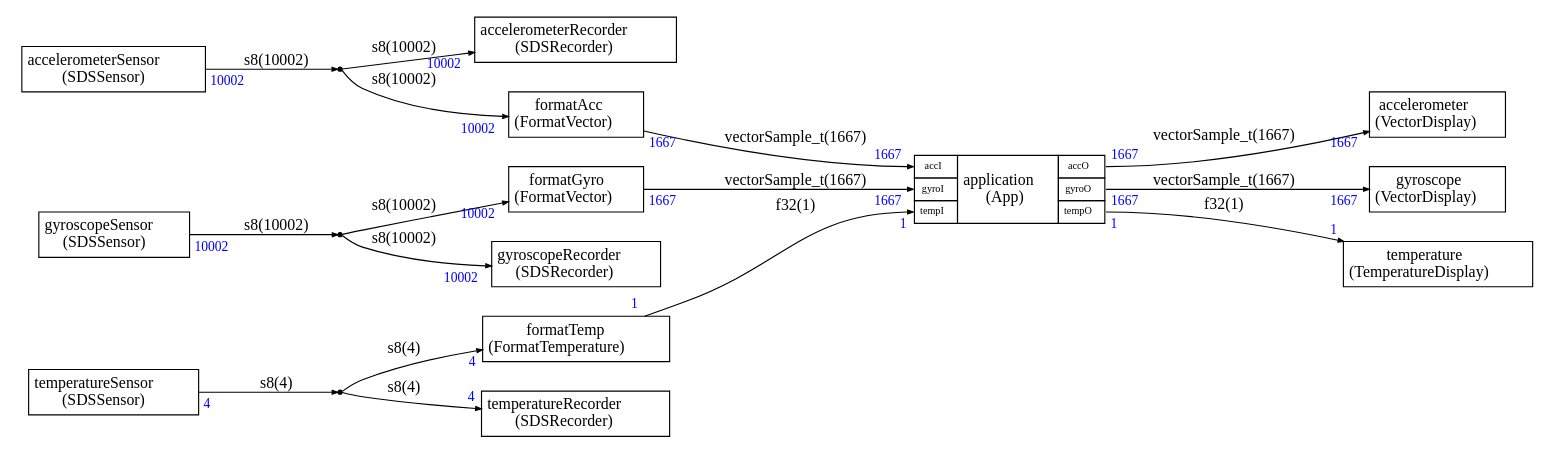
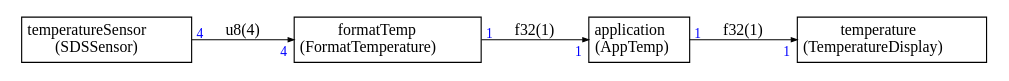
One commit to christophe0606/SDS-Framework changed the diagram in demo/Stream/demo.dot. Above: the diagram before and after it, drawn with Graphviz. The commit also changed 47 other files, not shown here.

```diff
--- a/demo/Stream/demo.dot
+++ b/demo/Stream/demo.dot
@@ -9,64 +9,10 @@
     fontname="times"
 
 
-accelerometer [label=<
-<TABLE BORDER="0" CELLBORDER="1" CELLSPACING="0" CELLPADDING="4">
-  <TR>
-    <TD ALIGN="CENTER" PORT="i">accelerometer<BR/>(VectorDisplay)</TD>
-  </TR>
-</TABLE>>];
-
-accelerometerRecorder [label=<
-<TABLE BORDER="0" CELLBORDER="1" CELLSPACING="0" CELLPADDING="4">
-  <TR>
-    <TD ALIGN="CENTER" PORT="i">accelerometerRecorder<BR/>(SDSRecorder)</TD>
-  </TR>
-</TABLE>>];
-
-accelerometerSensor [label=<
-<TABLE BORDER="0" CELLBORDER="1" CELLSPACING="0" CELLPADDING="4">
-  <TR>
-    <TD ALIGN="CENTER" PORT="i">accelerometerSensor<BR/>(SDSSensor)</TD>
-  </TR>
-</TABLE>>];
-
-
 application [label=<
 <TABLE BORDER="0" CELLBORDER="1" CELLSPACING="0" CELLPADDING="4">
   <TR>
-    <TD PORT="accI"><FONT POINT-SIZE="9.0">accI</FONT></TD>
-    <TD ALIGN="CENTER" ROWSPAN="3">application<BR/>(App)</TD>
-    <TD PORT="accO"><FONT POINT-SIZE="9.0">accO</FONT></TD>
-  </TR>
-<TR>
-<TD PORT="gyroI"><FONT POINT-SIZE="9.0">gyroI</FONT></TD>
-
-<TD PORT="gyroO"><FONT POINT-SIZE="9.0">gyroO</FONT></TD>
-</TR><TR>
-<TD PORT="tempI"><FONT POINT-SIZE="9.0">tempI</FONT></TD>
-
-<TD PORT="tempO"><FONT POINT-SIZE="9.0">tempO</FONT></TD>
-</TR>
-
-</TABLE>>];
-
-dup0 [shape=point,label=dup0]
-
-dup1 [shape=point,label=dup1]
-
-dup2 [shape=point,label=dup2]
-
-formatAcc [label=<
-<TABLE BORDER="0" CELLBORDER="1" CELLSPACING="0" CELLPADDING="4">
-  <TR>
-    <TD ALIGN="CENTER" PORT="i">formatAcc<BR/>(FormatVector)</TD>
-  </TR>
-</TABLE>>];
-
-formatGyro [label=<
-<TABLE BORDER="0" CELLBORDER="1" CELLSPACING="0" CELLPADDING="4">
-  <TR>
-    <TD ALIGN="CENTER" PORT="i">formatGyro<BR/>(FormatVector)</TD>
+    <TD ALIGN="CENTER" PORT="i">application<BR/>(AppTemp)</TD>
   </TR>
 </TABLE>>];
 
@@ -77,38 +23,10 @@
   </TR>
 </TABLE>>];
 
-gyroscope [label=<
-<TABLE BORDER="0" CELLBORDER="1" CELLSPACING="0" CELLPADDING="4">
-  <TR>
-    <TD ALIGN="CENTER" PORT="i">gyroscope<BR/>(VectorDisplay)</TD>
-  </TR>
-</TABLE>>];
-
-gyroscopeRecorder [label=<
-<TABLE BORDER="0" CELLBORDER="1" CELLSPACING="0" CELLPADDING="4">
-  <TR>
-    <TD ALIGN="CENTER" PORT="i">gyroscopeRecorder<BR/>(SDSRecorder)</TD>
-  </TR>
-</TABLE>>];
-
-gyroscopeSensor [label=<
-<TABLE BORDER="0" CELLBORDER="1" CELLSPACING="0" CELLPADDING="4">
-  <TR>
-    <TD ALIGN="CENTER" PORT="i">gyroscopeSensor<BR/>(SDSSensor)</TD>
-  </TR>
-</TABLE>>];
-
 temperature [label=<
 <TABLE BORDER="0" CELLBORDER="1" CELLSPACING="0" CELLPADDING="4">
   <TR>
     <TD ALIGN="CENTER" PORT="i">temperature<BR/>(TemperatureDisplay)</TD>
-  </TR>
-</TABLE>>];
-
-temperatureRecorder [label=<
-<TABLE BORDER="0" CELLBORDER="1" CELLSPACING="0" CELLPADDING="4">
-  <TR>
-    <TD ALIGN="CENTER" PORT="i">temperatureRecorder<BR/>(SDSRecorder)</TD>
   </TR>
 </TABLE>>];
 
@@ -121,95 +39,23 @@
 
 
 
-formatAcc:i -> application:accI [label="vectorSample_t(1667)"
-,headlabel=<<TABLE BORDER="0" CELLPADDING="2"><TR><TD><FONT COLOR="blue" POINT-SIZE="12.0" >1667</FONT>
+temperatureSensor:i -> formatTemp:i [label="u8(4)"
+,headlabel=<<TABLE BORDER="0" CELLPADDING="2"><TR><TD><FONT COLOR="blue" POINT-SIZE="12.0" >4</FONT>
 </TD></TR></TABLE>>
-,taillabel=<<TABLE BORDER="0" CELLPADDING="2"><TR><TD><FONT COLOR="blue" POINT-SIZE="12.0" >1667</FONT>
+,taillabel=<<TABLE BORDER="0" CELLPADDING="2"><TR><TD><FONT COLOR="blue" POINT-SIZE="12.0" >4</FONT>
 </TD></TR></TABLE>>]
 
-formatGyro:i -> application:gyroI [label="vectorSample_t(1667)"
-,headlabel=<<TABLE BORDER="0" CELLPADDING="2"><TR><TD><FONT COLOR="blue" POINT-SIZE="12.0" >1667</FONT>
-</TD></TR></TABLE>>
-,taillabel=<<TABLE BORDER="0" CELLPADDING="2"><TR><TD><FONT COLOR="blue" POINT-SIZE="12.0" >1667</FONT>
-</TD></TR></TABLE>>]
-
-formatTemp:i -> application:tempI [label="f32(1)"
+formatTemp:i -> application:i [label="f32(1)"
 ,headlabel=<<TABLE BORDER="0" CELLPADDING="2"><TR><TD><FONT COLOR="blue" POINT-SIZE="12.0" >1</FONT>
 </TD></TR></TABLE>>
 ,taillabel=<<TABLE BORDER="0" CELLPADDING="2"><TR><TD><FONT COLOR="blue" POINT-SIZE="12.0" >1</FONT>
 </TD></TR></TABLE>>]
 
-application:accO -> accelerometer:i [label="vectorSample_t(1667)"
-,headlabel=<<TABLE BORDER="0" CELLPADDING="2"><TR><TD><FONT COLOR="blue" POINT-SIZE="12.0" >1667</FONT>
-</TD></TR></TABLE>>
-,taillabel=<<TABLE BORDER="0" CELLPADDING="2"><TR><TD><FONT COLOR="blue" POINT-SIZE="12.0" >1667</FONT>
-</TD></TR></TABLE>>]
-
-application:gyroO -> gyroscope:i [label="vectorSample_t(1667)"
-,headlabel=<<TABLE BORDER="0" CELLPADDING="2"><TR><TD><FONT COLOR="blue" POINT-SIZE="12.0" >1667</FONT>
-</TD></TR></TABLE>>
-,taillabel=<<TABLE BORDER="0" CELLPADDING="2"><TR><TD><FONT COLOR="blue" POINT-SIZE="12.0" >1667</FONT>
-</TD></TR></TABLE>>]
-
-application:tempO -> temperature:i [label="f32(1)"
+application:i -> temperature:i [label="f32(1)"
 ,headlabel=<<TABLE BORDER="0" CELLPADDING="2"><TR><TD><FONT COLOR="blue" POINT-SIZE="12.0" >1</FONT>
 </TD></TR></TABLE>>
 ,taillabel=<<TABLE BORDER="0" CELLPADDING="2"><TR><TD><FONT COLOR="blue" POINT-SIZE="12.0" >1</FONT>
 </TD></TR></TABLE>>]
 
-accelerometerSensor:i ->  
-dup0 [label="s8(10002)"
-
-,taillabel=<<TABLE BORDER="0" CELLPADDING="2"><TR><TD><FONT COLOR="blue" POINT-SIZE="12.0" >10002</FONT>
-</TD></TR></TABLE>>]
-
- 
-dup0 -> formatAcc:i [label="s8(10002)"
-,headlabel=<<TABLE BORDER="0" CELLPADDING="2"><TR><TD><FONT COLOR="blue" POINT-SIZE="12.0" >10002</FONT>
-</TD></TR></TABLE>>
-]
-
- 
-dup0 -> accelerometerRecorder:i [label="s8(10002)"
-,headlabel=<<TABLE BORDER="0" CELLPADDING="2"><TR><TD><FONT COLOR="blue" POINT-SIZE="12.0" >10002</FONT>
-</TD></TR></TABLE>>
-]
-
-gyroscopeSensor:i ->  
-dup1 [label="s8(10002)"
-
-,taillabel=<<TABLE BORDER="0" CELLPADDING="2"><TR><TD><FONT COLOR="blue" POINT-SIZE="12.0" >10002</FONT>
-</TD></TR></TABLE>>]
-
- 
-dup1 -> formatGyro:i [label="s8(10002)"
-,headlabel=<<TABLE BORDER="0" CELLPADDING="2"><TR><TD><FONT COLOR="blue" POINT-SIZE="12.0" >10002</FONT>
-</TD></TR></TABLE>>
-]
-
- 
-dup1 -> gyroscopeRecorder:i [label="s8(10002)"
-,headlabel=<<TABLE BORDER="0" CELLPADDING="2"><TR><TD><FONT COLOR="blue" POINT-SIZE="12.0" >10002</FONT>
-</TD></TR></TABLE>>
-]
-
-temperatureSensor:i ->  
-dup2 [label="s8(4)"
-
-,taillabel=<<TABLE BORDER="0" CELLPADDING="2"><TR><TD><FONT COLOR="blue" POINT-SIZE="12.0" >4</FONT>
-</TD></TR></TABLE>>]
-
- 
-dup2 -> formatTemp:i [label="s8(4)"
-,headlabel=<<TABLE BORDER="0" CELLPADDING="2"><TR><TD><FONT COLOR="blue" POINT-SIZE="12.0" >4</FONT>
-</TD></TR></TABLE>>
-]
-
- 
-dup2 -> temperatureRecorder:i [label="s8(4)"
-,headlabel=<<TABLE BORDER="0" CELLPADDING="2"><TR><TD><FONT COLOR="blue" POINT-SIZE="12.0" >4</FONT>
-</TD></TR></TABLE>>
-]
-
 
 }
```
